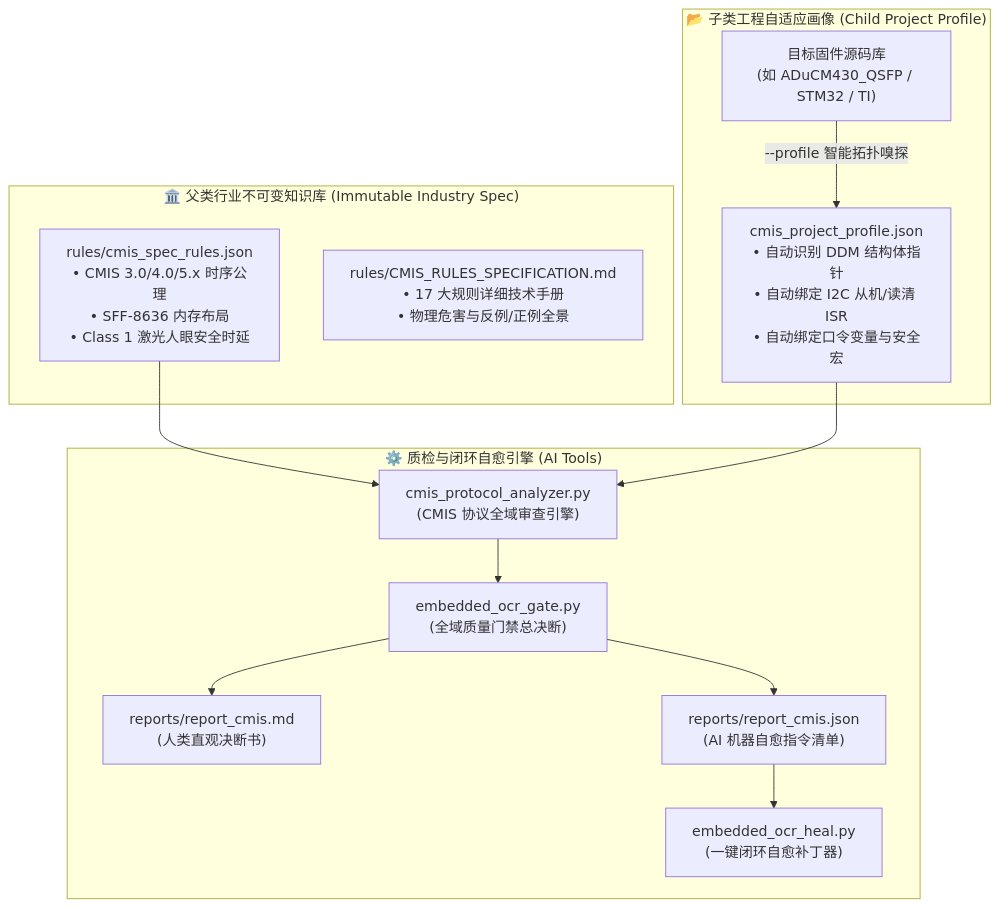
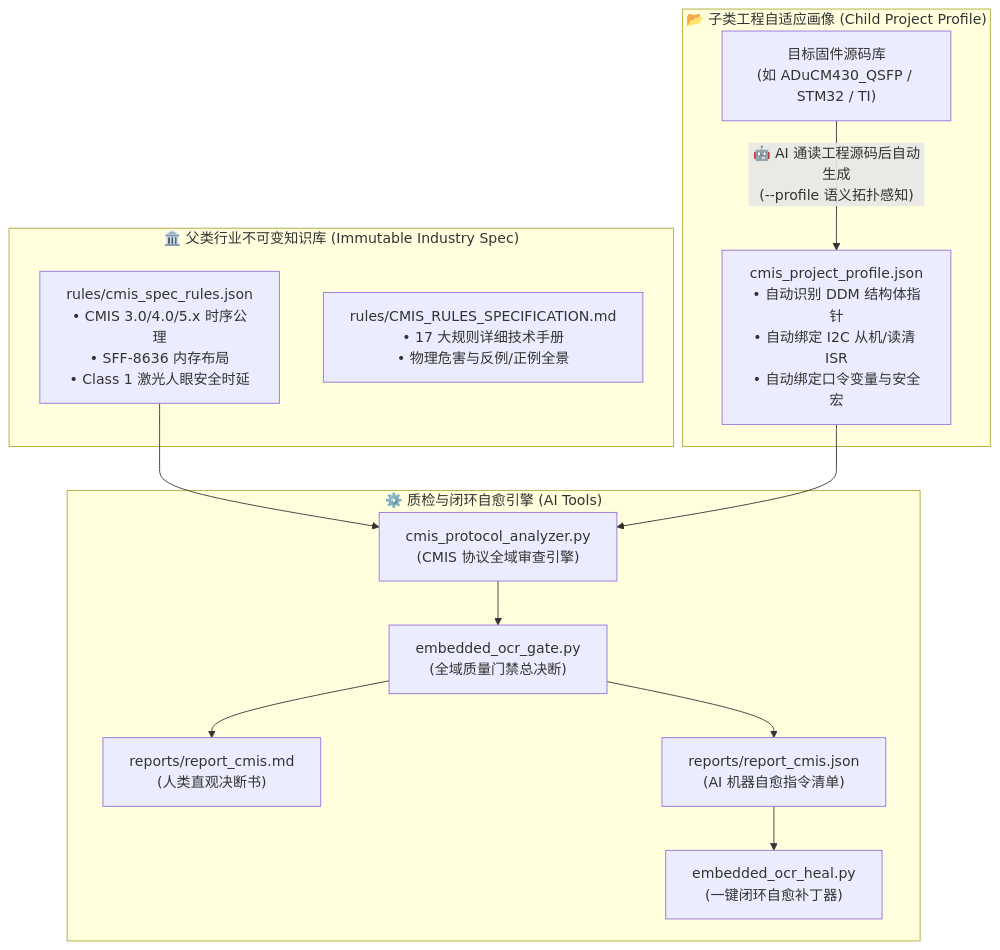
The second of 3 diagrams in README.md (makemk/embedded-firmware-analyzer), drawn with Mermaid before and after one commit. The commit also changed other lines of this file and 2 other files, not shown here.

Commit message:
docs: clarify child profile is automatically generated by AI reading codebase

````diff
--- a/README.md
+++ b/README.md
@@ -63,19 +63,19 @@
 ```mermaid
 flowchart TD
     subgraph Parent["🏛️ 父类行业不可变知识库 (Immutable Industry Spec)"]
         P1["rules/cmis_spec_rules.json<br>• CMIS 3.0/4.0/5.x 时序公理<br>• SFF-8636 内存布局<br>• Class 1 激光人眼安全时延"]
         P2["rules/CMIS_RULES_SPECIFICATION.md<br>• 17 大规则详细技术手册<br>• 物理危害与反例/正例全景"]
     end
 
     subgraph Child["📂 子类工程自适应画像 (Child Project Profile)"]
-        C1["目标固件源码库<br>(如 ADuCM430_QSFP / STM32 / TI)"] -->|"--profile 智能拓扑嗅探"| C2["cmis_project_profile.json<br>• 自动识别 DDM 结构体指针<br>• 自动绑定 I2C 从机/读清 ISR<br>• 自动绑定口令变量与安全宏"]
+        C1["目标固件源码库<br>(如 ADuCM430_QSFP / STM32 / TI)"] -->|"🤖 AI 通读工程源码后自动生成<br>(--profile 语义拓扑感知)"| C2["cmis_project_profile.json<br>• 自动识别 DDM 结构体指针<br>• 自动绑定 I2C 从机/读清 ISR<br>• 自动绑定口令变量与安全宏"]
     end
 
     subgraph Engine["⚙️ 质检与闭环自愈引擎 (AI Tools)"]
         P1 & C2 --> E1["cmis_protocol_analyzer.py<br>(CMIS 协议全域审查引擎)"]
-        E1 --> GATE["embedded_ocr_gate.py<br>(全域质量门禁总决断)"]
         GATE --> R_MD["reports/report_cmis.md<br>(人类直观决断书)"]
         GATE --> R_JSON["reports/report_cmis.json<br>(AI 机器自愈指令清单)"]
         R_JSON --> HEAL["embedded_ocr_heal.py<br>(一键闭环自愈补丁器)"]
+        E1 --> GATE["embedded_ocr_gate.py<br>(全域质量门禁总决断)"]
     end
 ```
````
